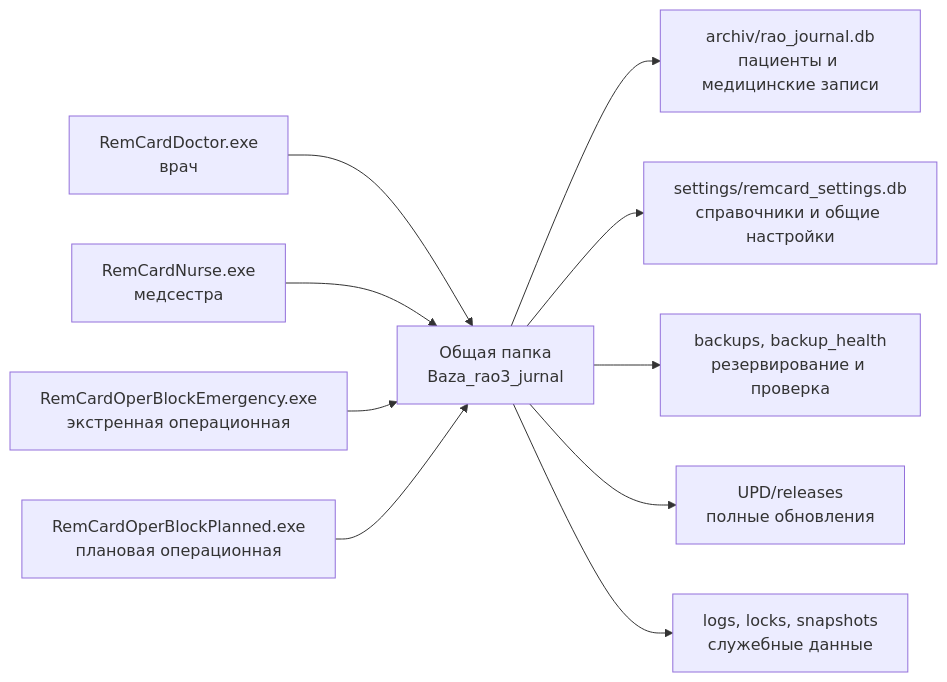
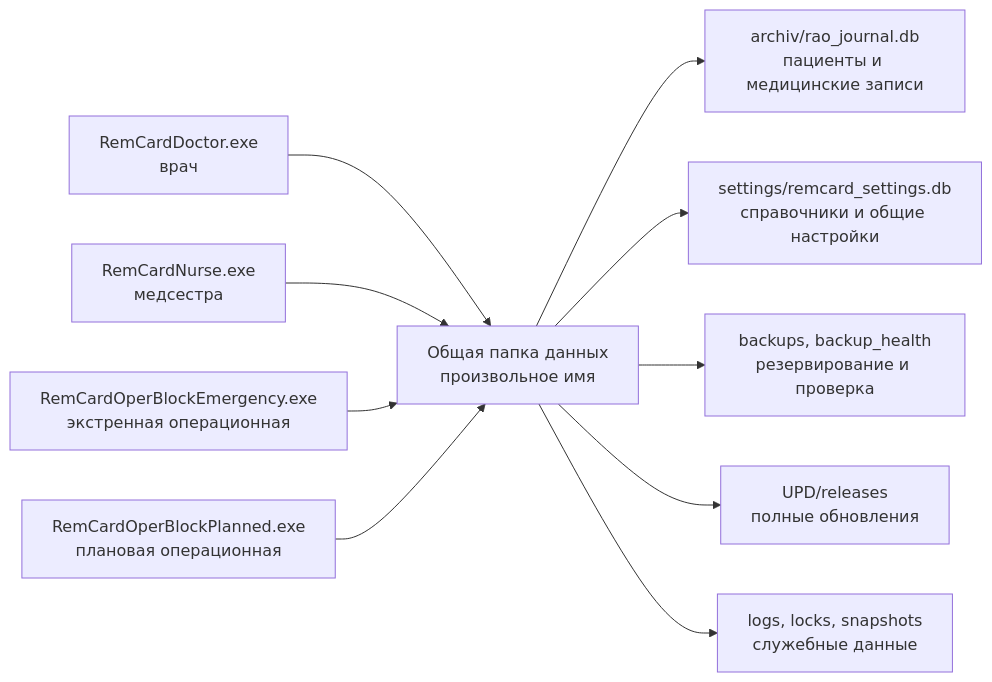
One commit to Donkiton/rem_card changed the diagram in README.md. Above: the diagram before and after it, drawn with Mermaid. The commit also changed other lines of this file and 46 other files, not shown here.

````diff
--- a/README.md
+++ b/README.md
@@ -162,12 +162,12 @@
 ```mermaid
 flowchart LR
-    Doctor["RemCardDoctor.exe<br/>врач"] --> Baza["Общая папка<br/>Baza_rao3_jurnal"]
+    Doctor["RemCardDoctor.exe<br/>врач"] --> Baza["Общая папка данных<br/>произвольное имя"]
     Nurse["RemCardNurse.exe<br/>медсестра"] --> Baza
     OpE["RemCardOperBlockEmergency.exe<br/>экстренная операционная"] --> Baza
     OpP["RemCardOperBlockPlanned.exe<br/>плановая операционная"] --> Baza
     Baza --> Medical["archiv/rao_journal.db<br/>пациенты и медицинские записи"]
     Baza --> Settings["settings/remcard_settings.db<br/>справочники и общие настройки"]
     Baza --> Backups["backups, backup_health<br/>резервирование и проверка"]
     Baza --> Updates["UPD/releases<br/>полные обновления"]
     Baza --> Runtime["logs, locks, snapshots<br/>служебные данные"]
 ```
````
